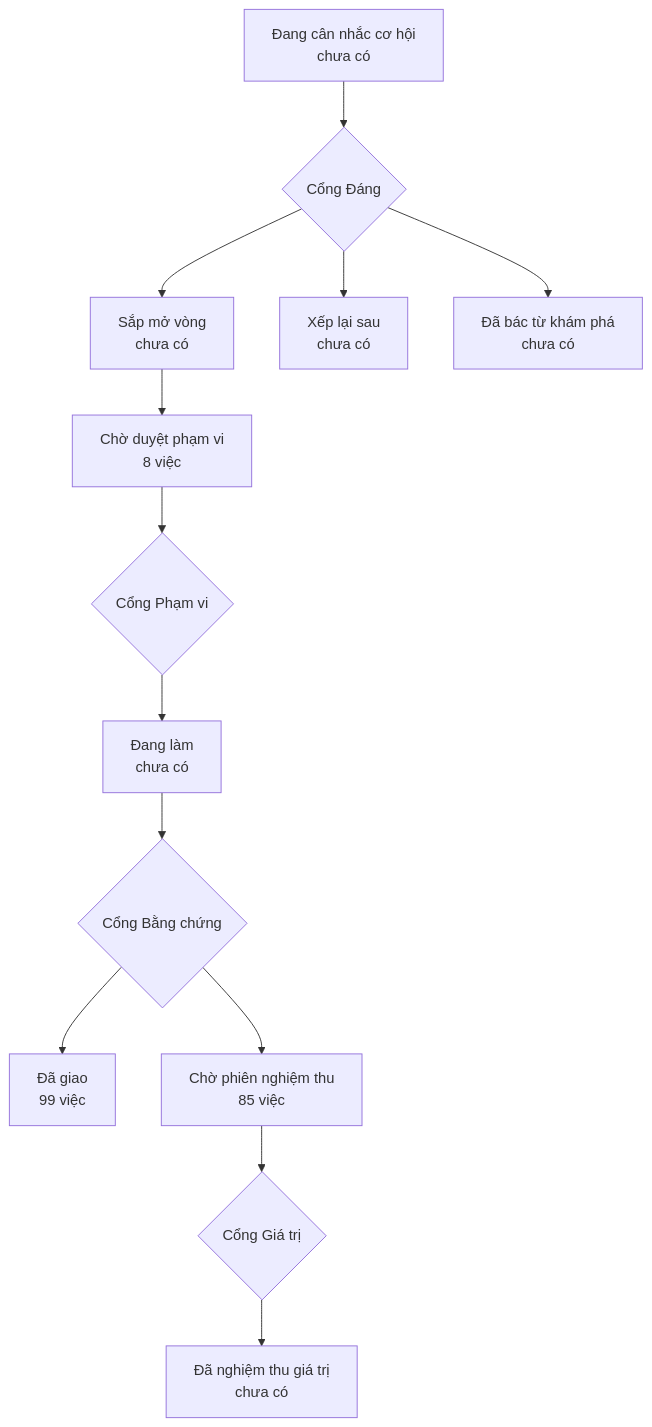
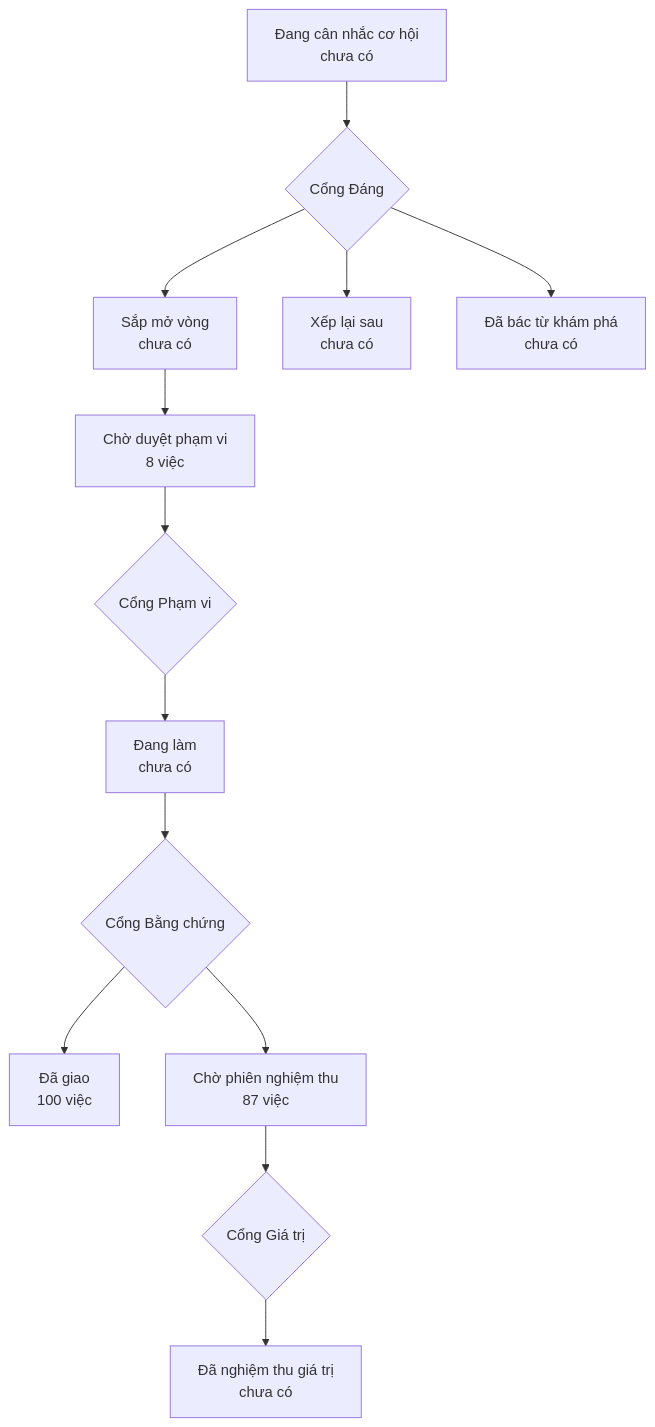
The diagram in PRODUCT-MAP.md (phanlemanh/onehub-invest), drawn with Mermaid before and after one commit. The commit also changed other lines of this file and 1 other file, not shown here.

Commit message:
chore(acceptance): vẽ lại bản đồ sau gộp main

````diff
--- a/PRODUCT-MAP.md
+++ b/PRODUCT-MAP.md
@@ -7,12 +7,12 @@
 ```mermaid
 flowchart TD
   A["Đang cân nhắc cơ hội<br/>chưa có"] --> GD{"Cổng Đáng"}
   GD --> B["Sắp mở vòng<br/>chưa có"]
   GD --> XL["Xếp lại sau<br/>chưa có"]
   GD --> DB["Đã bác từ khám phá<br/>chưa có"]
   B --> CD["Chờ duyệt phạm vi<br/>8 việc"] --> GP{"Cổng Phạm vi"}
   GP --> DL["Đang làm<br/>chưa có"] --> GB{"Cổng Bằng chứng"}
-  GB --> DG["Đã giao<br/>99 việc"]
-  GB --> CN["Chờ phiên nghiệm thu<br/>85 việc"] --> GG{"Cổng Giá trị"}
+  GB --> DG["Đã giao<br/>100 việc"]
+  GB --> CN["Chờ phiên nghiệm thu<br/>87 việc"] --> GG{"Cổng Giá trị"}
   GG --> NT["Đã nghiệm thu giá trị<br/>chưa có"]
 ```
````
